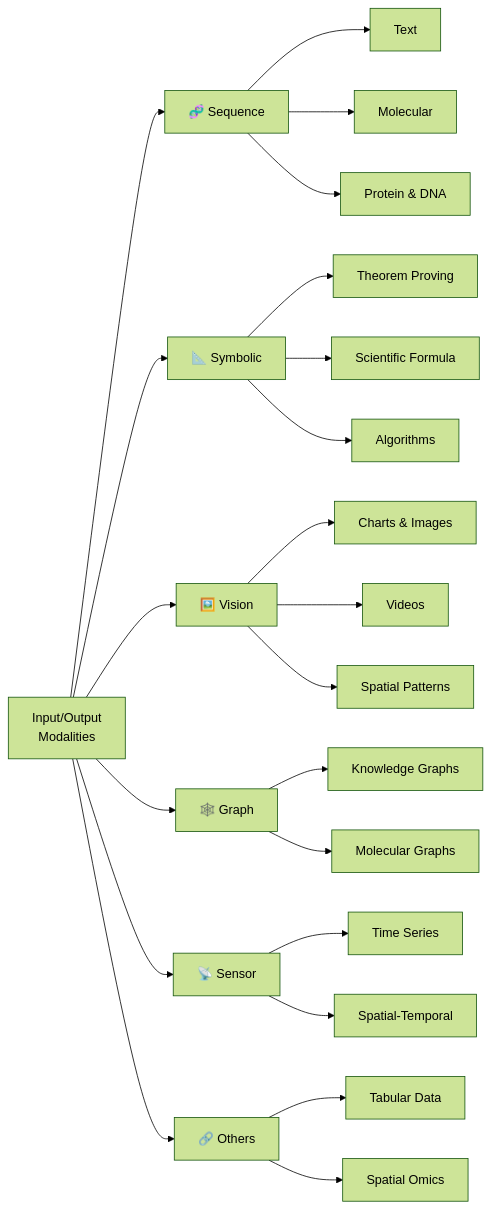
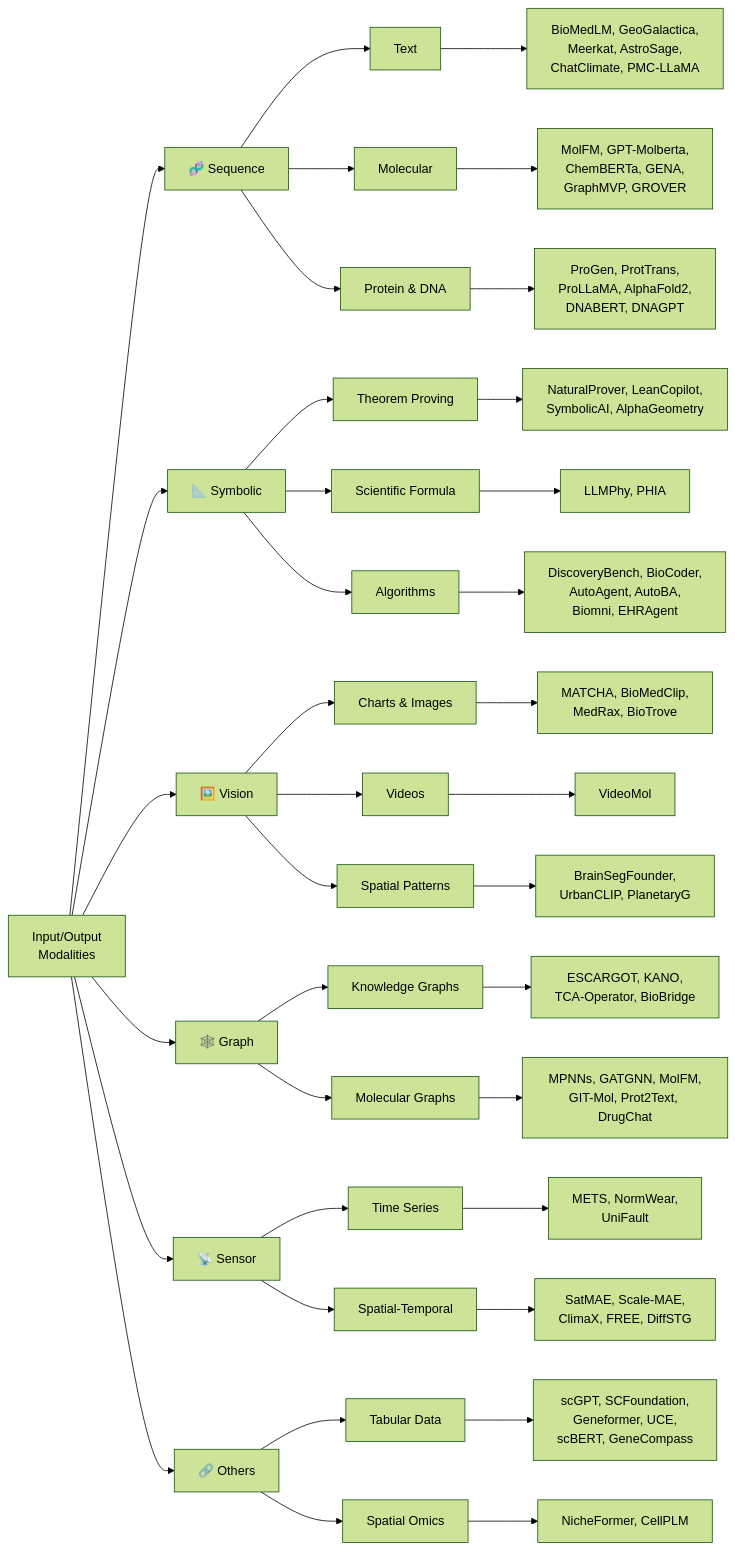
One commit to JianJinglin/awesome-agentic-AIScientists changed the first of 2 diagrams in README.md. Above: the diagram before and after it, drawn with Mermaid (forest theme). The commit also changed other lines of this file, not shown here.

First line of the commit message:
Add paper references to Mermaid taxonomy diagrams

````diff
--- a/README.md
+++ b/README.md
@@ -56,30 +56,51 @@
 ```mermaid
 graph LR
     A[Input/Output<br>Modalities] --> B[🧬 Sequence]
     A --> C[📐 Symbolic]
     A --> D[🖼️ Vision]
     A --> E[🕸️ Graph]
     A --> F[📡 Sensor]
     A --> G[🔗 Others]
 
     B --> B1[Text]
     B --> B2[Molecular]
     B --> B3[Protein & DNA]
 
+    B1 --> B1p[BioMedLM, GeoGalactica,<br>Meerkat, AstroSage,<br>ChatClimate, PMC-LLaMA]
+    B2 --> B2p[MolFM, GPT-Molberta,<br>ChemBERTa, GENA,<br>GraphMVP, GROVER]
+    B3 --> B3p[ProGen, ProtTrans,<br>ProLLaMA, AlphaFold2,<br>DNABERT, DNAGPT]
+
     C --> C1[Theorem Proving]
     C --> C2[Scientific Formula]
     C --> C3[Algorithms]
+
+    C1 --> C1p[NaturalProver, LeanCopilot,<br>SymbolicAI, AlphaGeometry]
+    C2 --> C2p[LLMPhy, PHIA]
+    C3 --> C3p[DiscoveryBench, BioCoder,<br>AutoAgent, AutoBA,<br>Biomni, EHRAgent]
 
     D --> D1[Charts & Images]
     D --> D2[Videos]
     D --> D3[Spatial Patterns]
 
+    D1 --> D1p[MATCHA, BioMedClip,<br>MedRax, BioTrove]
+    D2 --> D2p[VideoMol]
+    D3 --> D3p[BrainSegFounder,<br>UrbanCLIP, PlanetaryG]
+
     E --> E1[Knowledge Graphs]
     E --> E2[Molecular Graphs]
+
+    E1 --> E1p[ESCARGOT, KANO,<br>TCA-Operator, BioBridge]
+    E2 --> E2p[MPNNs, GATGNN, MolFM,<br>GIT-Mol, Prot2Text, DrugChat]
 
     F --> F1[Time Series]
     F --> F2[Spatial-Temporal]
 
+    F1 --> F1p[METS, NormWear,<br>UniFault]
+    F2 --> F2p[SatMAE, Scale-MAE,<br>ClimaX, FREE, DiffSTG]
+
     G --> G1[Tabular Data]
     G --> G2[Spatial Omics]
+
+    G1 --> G1p[scGPT, SCFoundation,<br>Geneformer, UCE,<br>scBERT, GeneCompass]
+    G2 --> G2p[NicheFormer, CellPLM]
 ```
````
